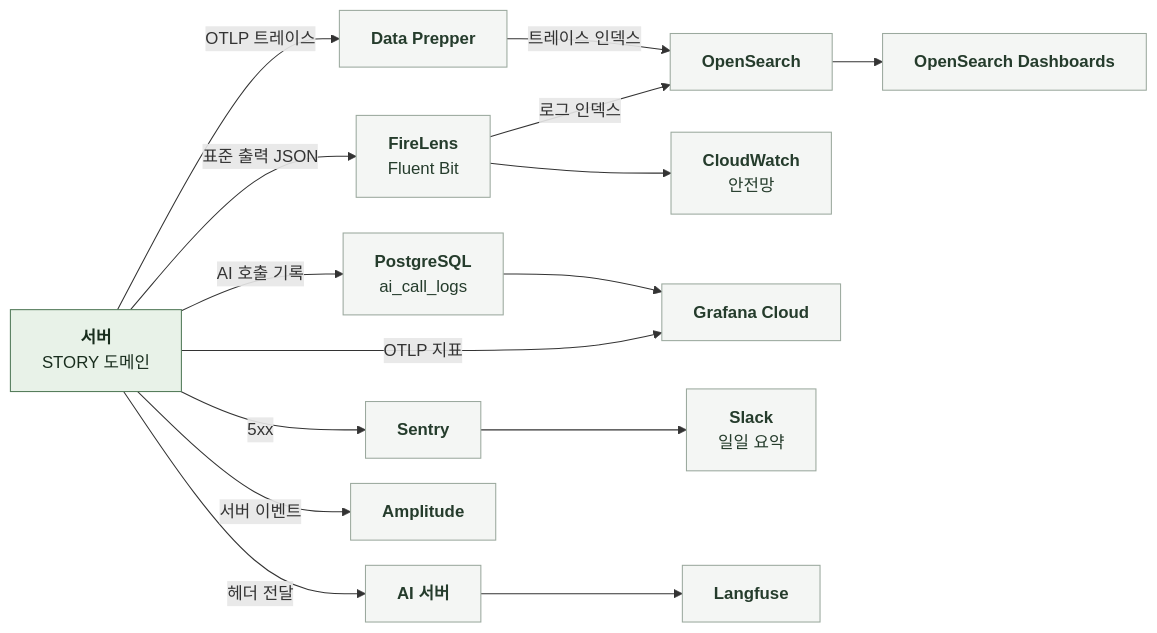
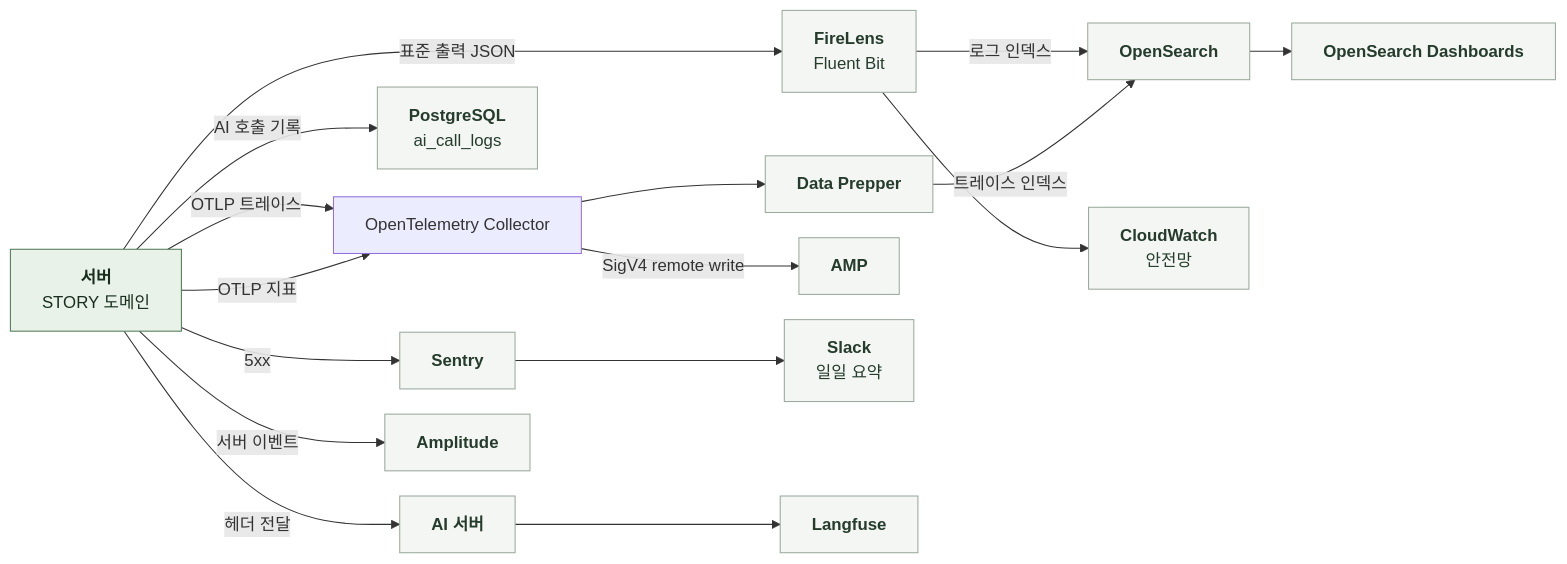
One commit to KIM-N-KANG/knk-harness changed the diagram in docs/domain/STORY/BACKEND/5-4-OBSERVABILITY.md. Above: the diagram before and after it, drawn with Mermaid. The commit also changed other lines of this file and 342 other files, not shown here.

````diff
--- a/docs/domain/STORY/BACKEND/5-4-OBSERVABILITY.md
+++ b/docs/domain/STORY/BACKEND/5-4-OBSERVABILITY.md
@@ -11,23 +11,24 @@
 ```mermaid
 %%{init: {"flowchart": {"curve": "basis", "htmlLabels": true, "nodeSpacing": 24, "rankSpacing": 40}}}%%
 flowchart LR
     S["<b>서버</b><br/>STORY 도메인"]
     S -->|표준 출력 JSON| F["<b>FireLens</b><br/>Fluent Bit"]
     F -->|로그 인덱스| OS["<b>OpenSearch</b>"]
     F --> CW["<b>CloudWatch</b><br/>안전망"]
-    S -->|OTLP 트레이스| DP["<b>Data Prepper</b>"]
+    S -->|OTLP 트레이스| C["OpenTelemetry Collector"]
+    C --> DP["<b>Data Prepper</b>"]
     DP -->|트레이스 인덱스| OS
     OS --> OD["<b>OpenSearch Dashboards</b>"]
-    S -->|OTLP 지표| G["<b>Grafana Cloud</b>"]
+    S -->|OTLP 지표| C
+    C -->|SigV4 remote write| G["<b>AMP</b>"]
     S -->|AI 호출 기록| PG["<b>PostgreSQL</b><br/>ai_call_logs"]
-    PG --> G
     S -->|5xx| SE["<b>Sentry</b>"]
     SE --> SL["<b>Slack</b><br/>일일 요약"]
     S -->|헤더 전달| AI["<b>AI 서버</b>"]
     AI --> LF["<b>Langfuse</b>"]
     S -->|서버 이벤트| AM["<b>Amplitude</b>"]
     classDef comp fill:#E8F2E8,stroke:#527A59,color:#182D1D
     classDef ext fill:#F4F6F4,stroke:#9BA99E,color:#253C2C
     class S comp
     class F,OS,CW,DP,OD,G,PG,SE,SL,AI,LF,AM ext
 ```
````
